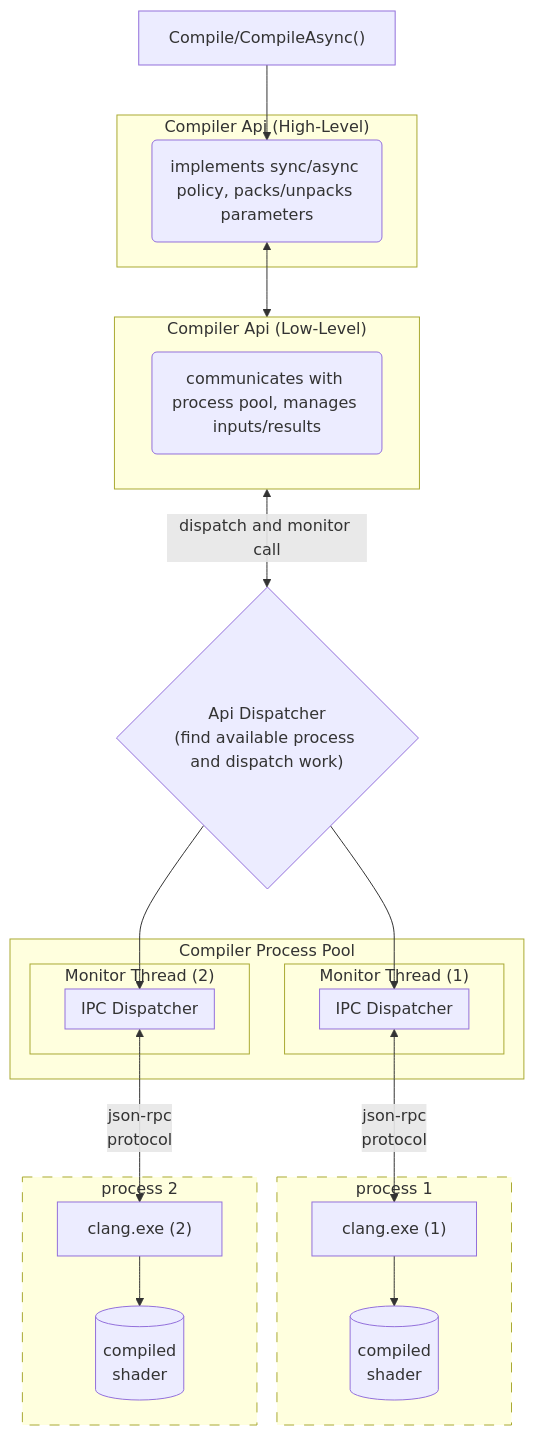
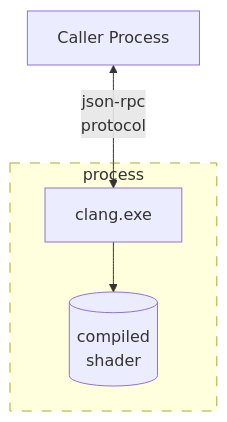
One commit to llvm/wg-hlsl changed the first of 2 diagrams in proposals/NNNN-outofproc-compiler-api-architecture.md. Above: the diagram before and after it, drawn with Mermaid. The commit also changed other lines of this file, not shown here.

Commit message:
Pushing a new iteration (work in progress)

````diff
--- a/proposals/NNNN-outofproc-compiler-api-architecture.md
+++ b/proposals/NNNN-outofproc-compiler-api-architecture.md
@@ -86,42 +75,12 @@
 ```mermaid
 flowchart TD
-    subgraph CompilerProcessPool["Compiler Process Pool"]
-      subgraph MonitorThread1["Monitor Thread (1)"]
-        subgraph JsonRPC ["IPC Dispatcher"]
-        end
-      end
-      subgraph MonitorThread2["Monitor Thread (2)"]
-        subgraph JsonRPC2 ["IPC Dispatcher"]
-        end
-      end
-    end
-
-    subgraph Process1["process 1"]
-        ClangProcess1["clang.exe (1)"]
+    
+    subgraph Process1["process"]
+        ClangProcess1["clang.exe"]
         db[("compiled<br/>shader")]
     end
 
-    subgraph Process2["process 2"]
-        ClangProcess2["clang.exe (2)"]
-        db2[("compiled<br/>shader")]
-    end
-
-    subgraph HighLevelCApi["Compiler Api (High-Level)"]
-        HighLevelApiBehaviorLogic("implements sync/async policy, packs/unpacks parameters")
-    end
-
-    subgraph LowLevelCApi["Compiler Api (Low-Level)"]
-        LowLevelApi("communicates with process pool, manages inputs/results")
-    end
-
     style Process1 stroke-dasharray:10,10
-    style Process2 stroke-dasharray:10,10
   
-    ApiCallDispatcher{"Api Dispatcher<br/>(find available process and dispatch work)"}
-
-    Api["Compile/CompileAsync()"] --> HighLevelApiBehaviorLogic <--> LowLevelCApi <--> |"dispatch and monitor call"| ApiCallDispatcher
-
-    ApiCallDispatcher -->JsonRPC<--> | json-rpc<br/>protocol | ClangProcess1 --> db
-
-    ApiCallDispatcher --> JsonRPC2<-->| json-rpc<br/>protocol | ClangProcess2 --> db2
+    C-API["Caller Process"] <--> | json-rpc <br/> protocol | ClangProcess1 --> db    
 ```
````
